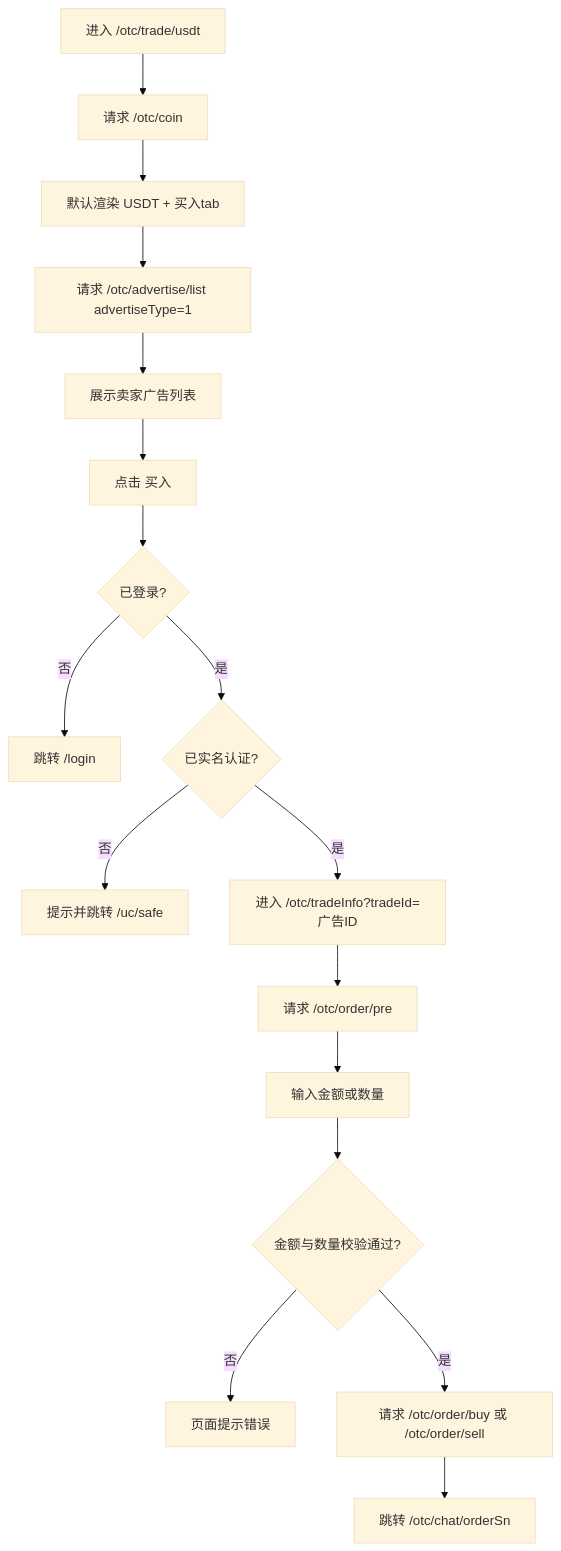
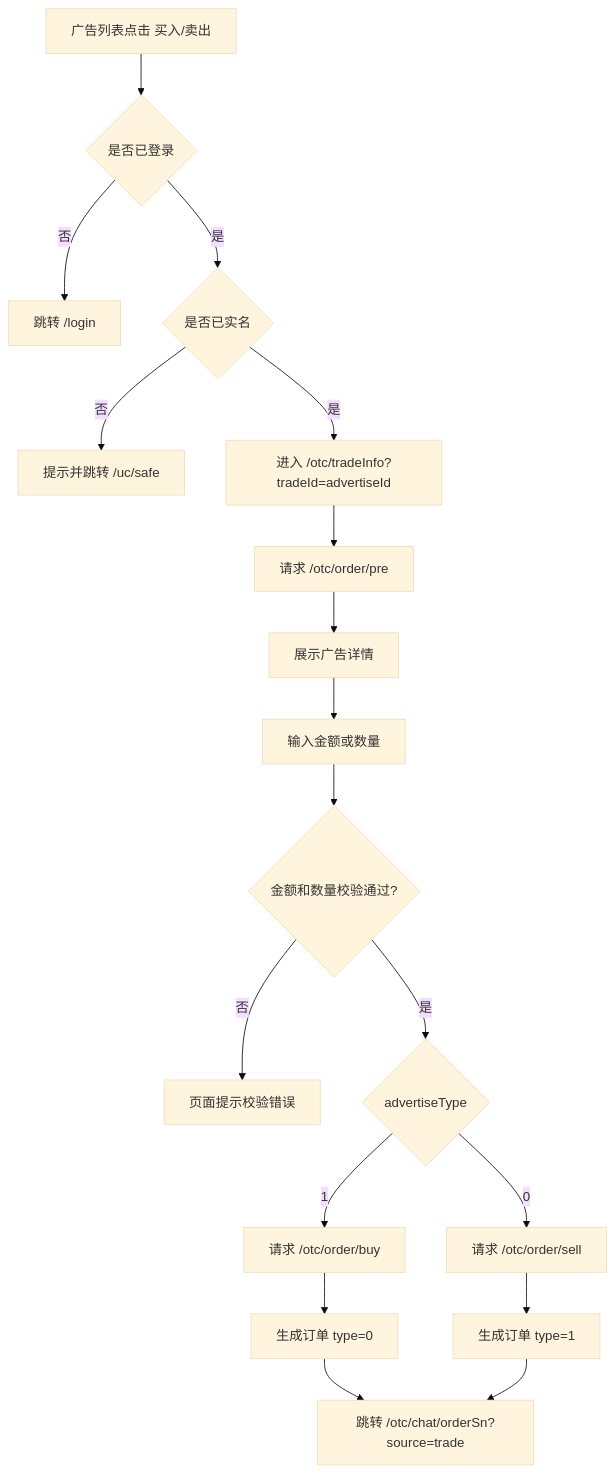
One commit to ethan2737/mscoin changed the third of 5 diagrams in OTC业务流程梳理.md. Above: the diagram before and after it, drawn with Mermaid (base theme). The commit also changed other lines of this file, not shown here.

````diff
--- a/OTC业务流程梳理.md
+++ b/OTC业务流程梳理.md
@@ -110,19 +133,20 @@
 ```mermaid
 flowchart TD
-    A[进入 /otc/trade/usdt] --> B[请求 /otc/coin]
-    B --> C[默认渲染 USDT + 买入tab]
-    C --> D[请求 /otc/advertise/list advertiseType=1]
-    D --> E[展示卖家广告列表]
-    E --> F[点击 买入]
-    F --> G{已登录?}
-    G -- 否 --> H[跳转 /login]
-    G -- 是 --> I{已实名认证?}
-    I -- 否 --> J[提示并跳转 /uc/safe]
-    I -- 是 --> K[进入 /otc/tradeInfo?tradeId=广告ID]
-    K --> L[请求 /otc/order/pre]
-    L --> M[输入金额或数量]
-    M --> N{金额与数量校验通过?}
-    N -- 否 --> O[页面提示错误]
-    N -- 是 --> P[请求 /otc/order/buy 或 /otc/order/sell]
-    P --> Q[跳转 /otc/chat/orderSn]
+    A[广告列表点击 买入/卖出] --> B{是否已登录}
+    B -- 否 --> C[跳转 /login]
+    B -- 是 --> D{是否已实名}
+    D -- 否 --> E[提示并跳转 /uc/safe]
+    D -- 是 --> F[进入 /otc/tradeInfo?tradeId=advertiseId]
+    F --> G[请求 /otc/order/pre]
+    G --> H[展示广告详情]
+    H --> I[输入金额或数量]
+    I --> J{金额和数量校验通过?}
+    J -- 否 --> K[页面提示校验错误]
+    J -- 是 --> L{advertiseType}
+    L -- 1 --> M[请求 /otc/order/buy]
+    L -- 0 --> N[请求 /otc/order/sell]
+    M --> O[生成订单 type=0]
+    N --> P[生成订单 type=1]
+    O --> Q[跳转 /otc/chat/orderSn?source=trade]
+    P --> Q
 ```
````
